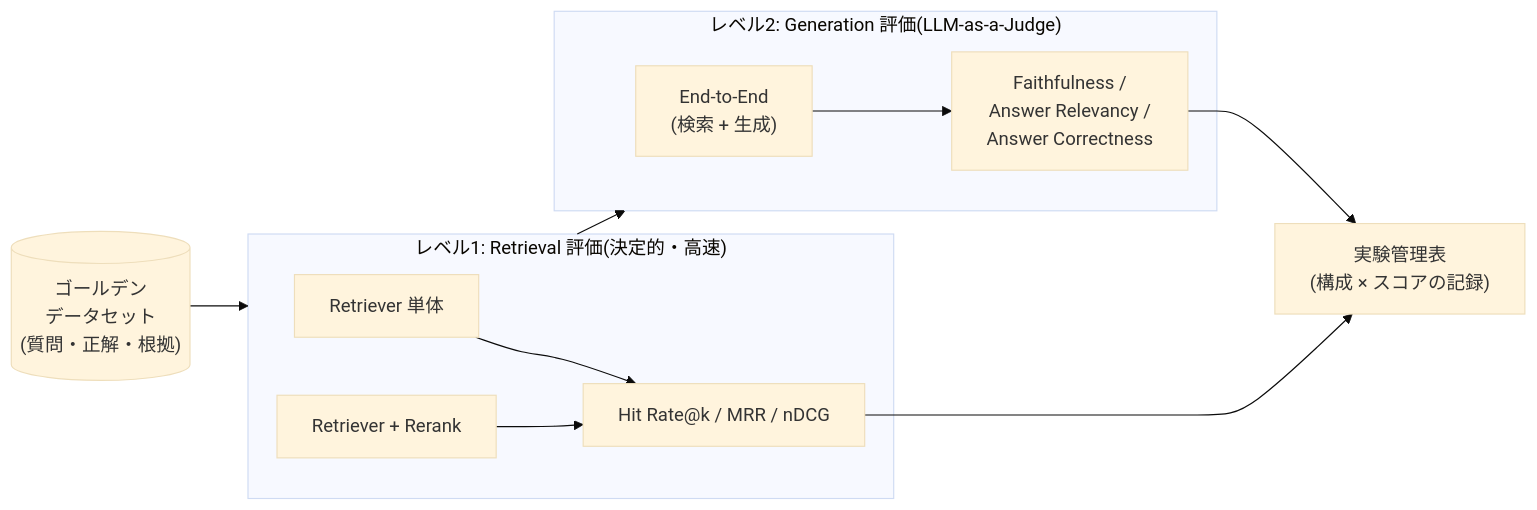
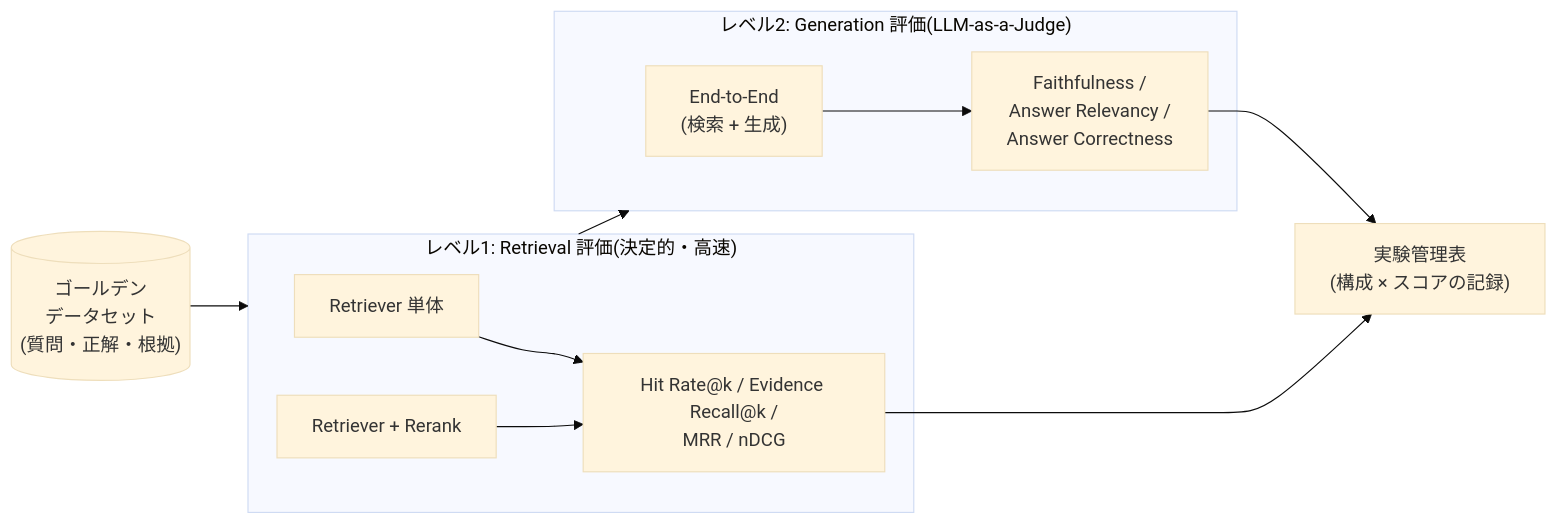
The diagram in docs/evaluation-spec.md (irimura/rag-system), drawn with Mermaid (base theme) before and after one commit. The commit also changed other lines of this file and 38 other files, not shown here.

````diff
--- a/docs/evaluation-spec.md
+++ b/docs/evaluation-spec.md
@@ -11,20 +11,20 @@
 ```mermaid
 flowchart LR
     GD[("ゴールデン<br/>データセット<br/>(質問・正解・根拠)")]
 
     subgraph L1["レベル1: Retrieval 評価(決定的・高速)"]
         R1["Retriever 単体"]
         R2["Retriever + Rerank"]
-        M1["Hit Rate@k / MRR / nDCG"]
+        M1["Hit Rate@k / Evidence Recall@k /<br/>MRR / nDCG"]
         R1 & R2 --> M1
     end
 
     subgraph L2["レベル2: Generation 評価(LLM-as-a-Judge)"]
         G1["End-to-End<br/>(検索 + 生成)"]
         M2["Faithfulness /<br/>Answer Relevancy /<br/>Answer Correctness"]
         G1 --> M2
     end
 
     GD --> L1 --> L2
     M1 & M2 --> REP["実験管理表<br/>(構成 × スコアの記録)"]
 ```
````
